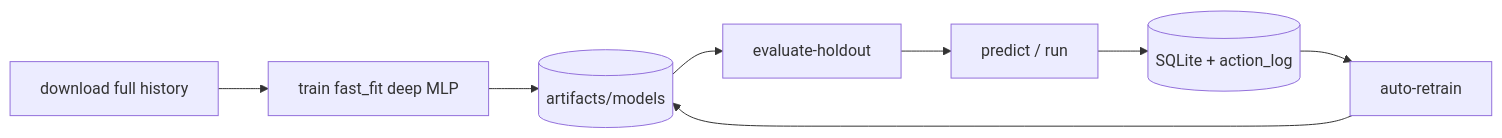
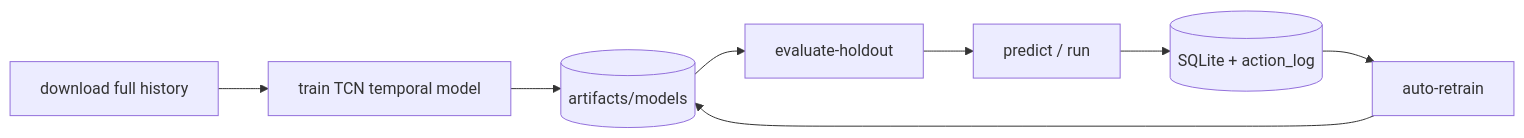
The diagram in docs/get-started.md (AsP3X/epochAI), drawn with Mermaid before and after one commit. The commit also changed other lines of this file and 20 other files, not shown here.

````diff
--- a/docs/get-started.md
+++ b/docs/get-started.md
@@ -25,6 +25,6 @@
 ```mermaid
 flowchart LR
-  DL[download full history] --> TR[train fast_fit deep MLP] --> REG[(artifacts/models)]
+  DL[download full history] --> TR[train TCN temporal model] --> REG[(artifacts/models)]
   REG --> EH[evaluate-holdout] --> RUN[predict / run] --> LOG[(SQLite + action_log)]
   LOG --> RT[auto-retrain] --> REG
 ```
````
